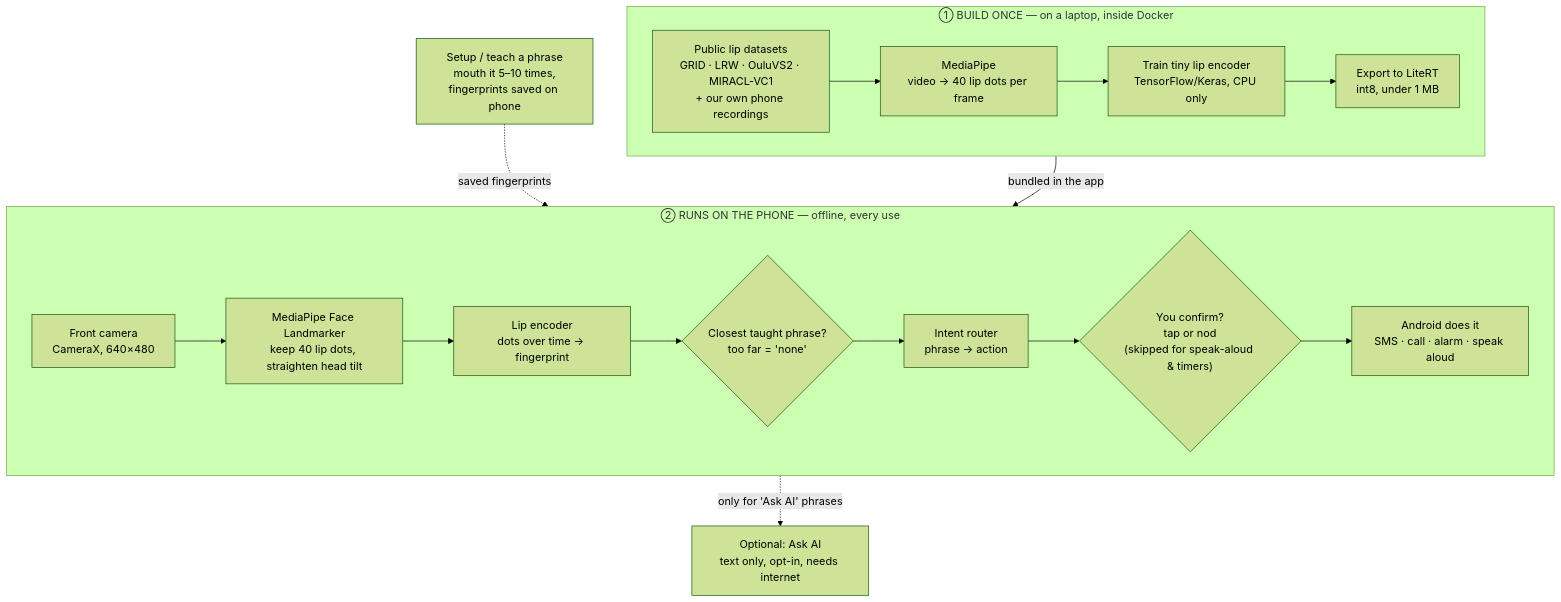
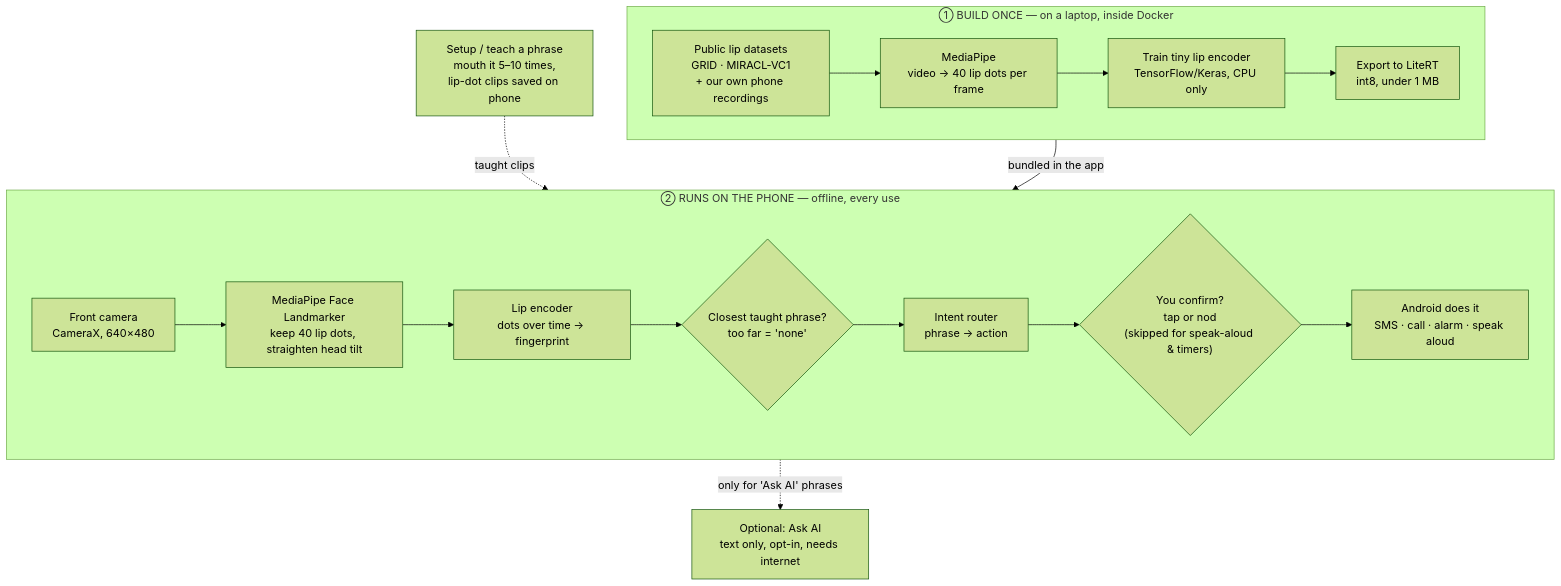
The diagram in ARCHITECTURE.md (RM1338/Hush), drawn with Mermaid (forest theme) before and after one commit. The commit also changed other lines of this file and 21 other files, not shown here.

First line of the commit message:
Set up toolchain, revise phases, add lip-dot extraction (Phase 0-1)

````diff
--- a/ARCHITECTURE.md
+++ b/ARCHITECTURE.md
@@ -17,30 +17,30 @@
 ```mermaid
 flowchart TB
     subgraph LAPTOP["① BUILD ONCE — on a laptop, inside Docker"]
         direction LR
-        D["Public lip datasets<br/>GRID · LRW · OuluVS2 · MIRACL-VC1<br/>+ our own phone recordings"]
+        D["Public lip datasets<br/>GRID · MIRACL-VC1<br/>+ our own phone recordings"]
         X["MediaPipe<br/>video → 40 lip dots per frame"]
         T["Train tiny lip encoder<br/>TensorFlow/Keras, CPU only"]
         E["Export to LiteRT<br/>int8, under 1 MB"]
         D --> X --> T --> E
     end
 
     subgraph PHONE["② RUNS ON THE PHONE — offline, every use"]
         direction LR
         C["Front camera<br/>CameraX, 640×480"]
         F["MediaPipe Face Landmarker<br/>keep 40 lip dots, straighten head tilt"]
         M["Lip encoder<br/>dots over time → fingerprint"]
         N{"Closest taught phrase?<br/>too far = 'none'"}
         R["Intent router<br/>phrase → action"]
         K{"You confirm?<br/>tap or nod<br/>(skipped for speak-aloud & timers)"}
         A["Android does it<br/>SMS · call · alarm · speak aloud"]
         C --> F --> M --> N --> R --> K --> A
     end
 
-    S["Setup / teach a phrase<br/>mouth it 5–10 times,<br/>fingerprints saved on phone"]
+    S["Setup / teach a phrase<br/>mouth it 5–10 times,<br/>lip-dot clips saved on phone"]
     AI["Optional: Ask AI<br/>text only, opt-in, needs internet"]
 
     E -- "bundled in the app" --> M
-    S -. "saved fingerprints" .-> N
+    S -. "taught clips" .-> N
     R -. "only for 'Ask AI' phrases" .-> AI
 ```
````
